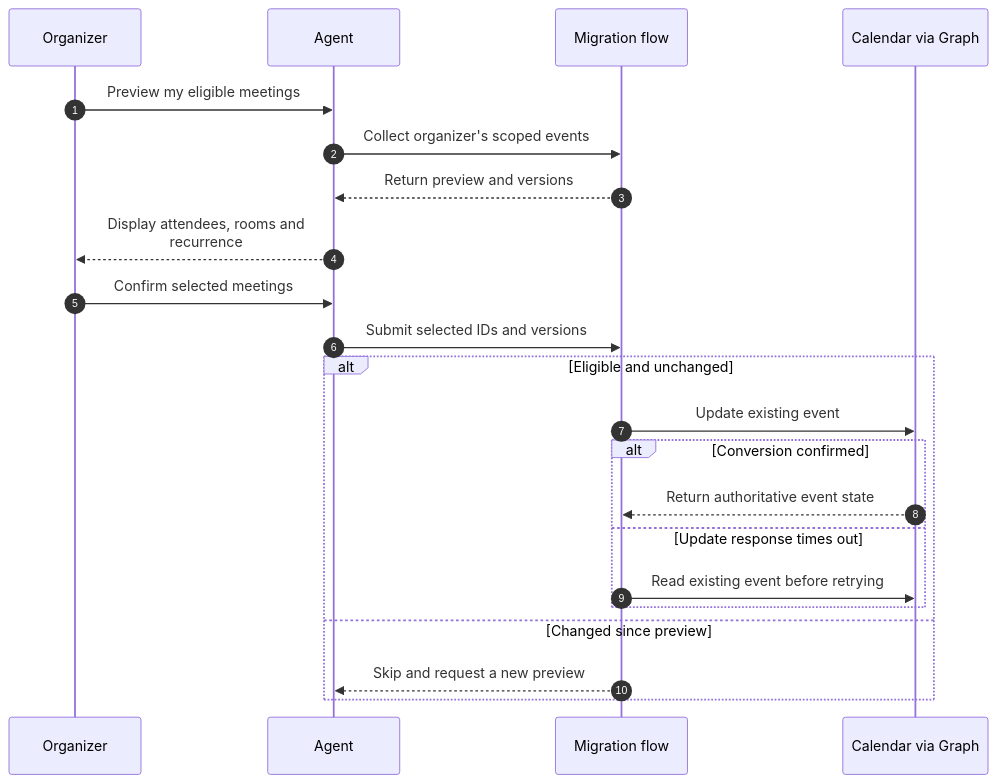
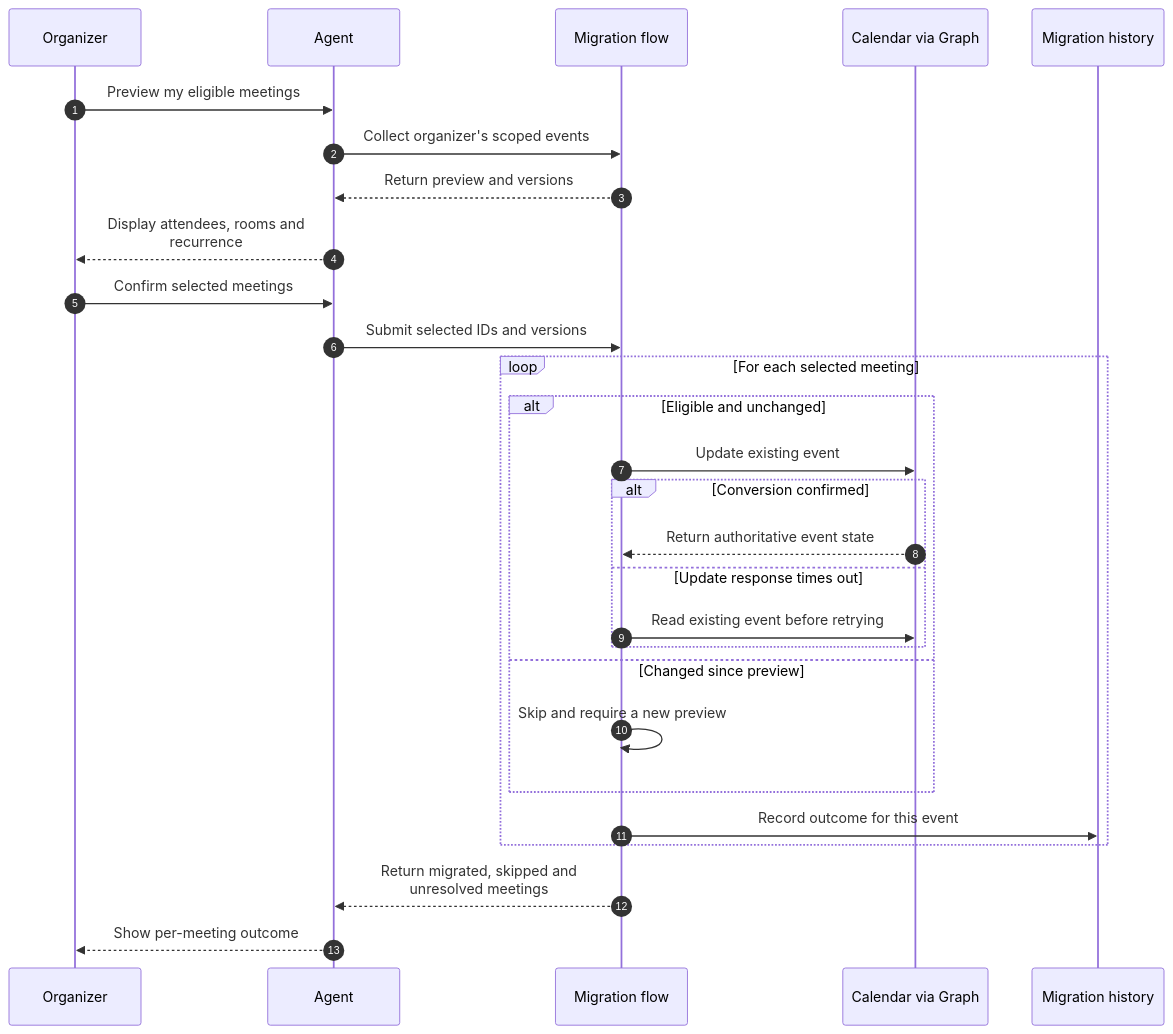
The second of 2 diagrams in reference-architectures/meeting-migration.md (abhishek-ai-enabler/copilotstudio-architecture-patterns), drawn with Mermaid before and after one commit. The commit also changed other lines of this file and 41 other files, not shown here.

First line of the commit message:
Review diagrams: add return paths and fix flow accuracy

````diff
--- a/reference-architectures/meeting-migration.md
+++ b/reference-architectures/meeting-migration.md
@@ -35,25 +36,31 @@
 ```mermaid
 sequenceDiagram
     accTitle: Preview and migrate an organizer's meetings in place - technical flow
     autonumber
     participant U as Organizer
     participant A as Agent
     participant F as Migration flow
     participant G as Calendar via Graph
+    participant D as Migration history
     U->>A: Preview my eligible meetings
     A->>F: Collect organizer's scoped events
     F-->>A: Return preview and versions
     A-->>U: Display attendees, rooms and<br/>recurrence
     U->>A: Confirm selected meetings
     A->>F: Submit selected IDs and versions
-    alt Eligible and unchanged
+    loop For each selected meeting
+      alt Eligible and unchanged
         F->>G: Update existing event
         alt Conversion confirmed
-            G-->>F: Return authoritative event state
+          G-->>F: Return authoritative event state
         else Update response times out
-            F->>G: Read existing event before retrying
+          F->>G: Read existing event before retrying
         end
-    else Changed since preview
-        F-->>A: Skip and request a new preview
+      else Changed since preview
+        F->>F: Skip and require a new preview
+      end
+      F->>D: Record outcome for this event
     end
+    F-->>A: Return migrated, skipped and<br/>unresolved meetings
+    A-->>U: Show per-meeting outcome
 ```
````
